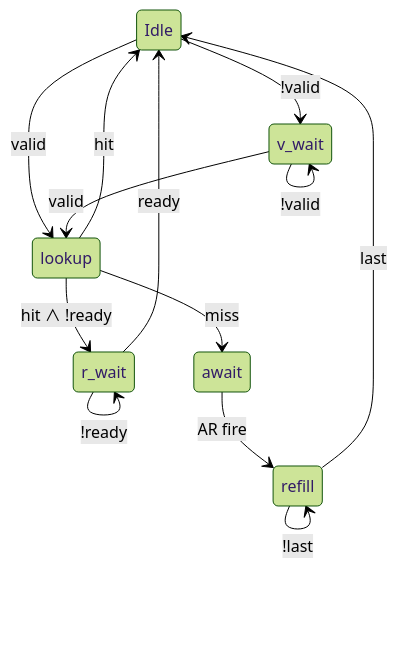
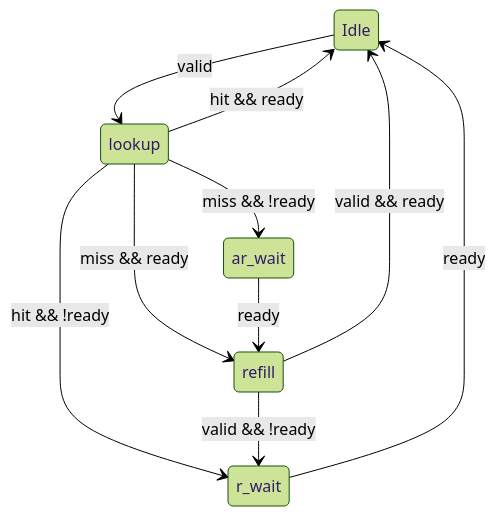
The seventh of 8 diagrams in 中期/report.md (KINGFIOX/bachelor), drawn with Mermaid (forest theme) before and after one commit. The commit also changed other lines of this file and 1 other file, not shown here.

````diff
--- a/中期/report.md
+++ b/中期/report.md
@@ -289,22 +289,18 @@
 ```mermaid
 stateDiagram-v2
     state "Idle" as IDLE
-    state "v_wait" as VWAIT
+    state "r_wait" as RWAIT
     state "lookup" as LOOKUP
-    state "await" as AWAIT
+    state "ar_wait" as ARWAIT
     state "refill" as REFILL
-    state "r_wait" as RWAIT
 
     IDLE --> LOOKUP : valid
-    IDLE --> VWAIT : !valid
-    VWAIT --> VWAIT : !valid
-    VWAIT --> LOOKUP : valid
-    LOOKUP --> IDLE : hit
-    LOOKUP --> RWAIT : hit ∧ !ready
-    LOOKUP --> AWAIT : miss
-    RWAIT --> RWAIT : !ready
+    LOOKUP --> IDLE : hit && ready
+    LOOKUP --> RWAIT : hit && !ready
     RWAIT --> IDLE : ready
-    AWAIT --> REFILL : AR fire
-    REFILL --> REFILL : !last
-    REFILL --> IDLE : last
+    LOOKUP --> ARWAIT : miss && !ready
+    LOOKUP --> REFILL : miss && ready
+    ARWAIT --> REFILL : ready
+    REFILL --> IDLE : valid && ready
+    REFILL --> RWAIT : valid && !ready
 ```
````
